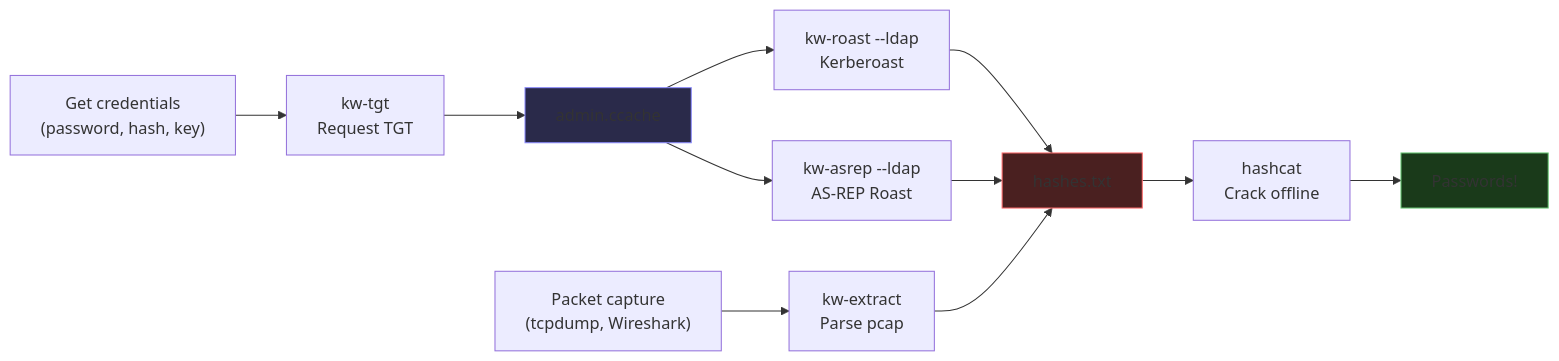
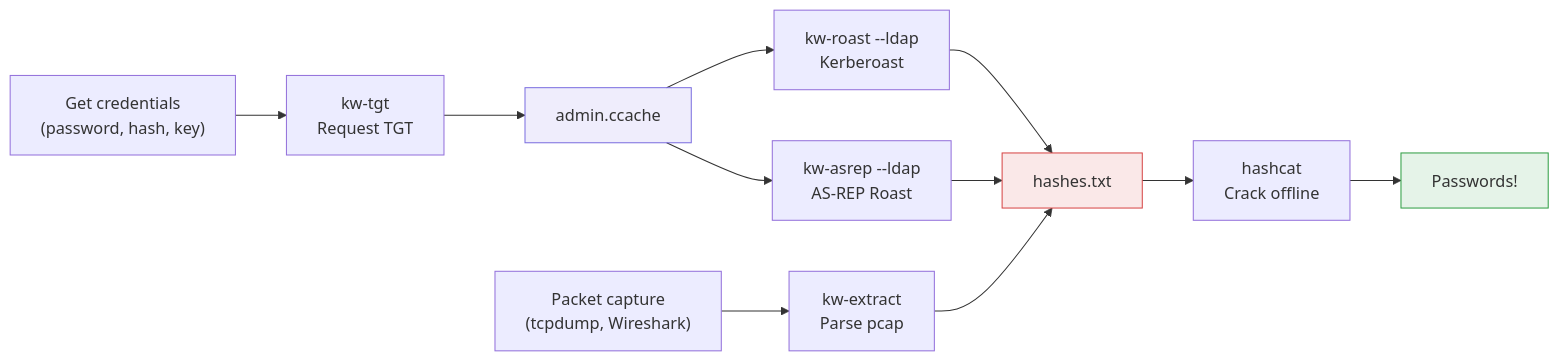
One commit to StrongWind1/KerbWolf changed the diagram in docs/index.md. Above: the diagram before and after it, drawn with Mermaid. The commit also changed 4 other files, not shown here.

First line of the commit message:
docs: make diagram fills readable in the light theme

````diff
--- a/docs/index.md
+++ b/docs/index.md
@@ -32,17 +32,17 @@
 ```mermaid
 flowchart LR
     A["Get credentials<br/>(password, hash, key)"] --> B["kw-tgt<br/>Request TGT"]
     B --> C["admin.ccache"]
     C --> D["kw-roast --ldap<br/>Kerberoast"]
     C --> E["kw-asrep --ldap<br/>AS-REP Roast"]
     D & E --> F["hashes.txt"]
     F --> G["hashcat<br/>Crack offline"]
     G --> H["Passwords!"]
 
     Z["Packet capture<br/>(tcpdump, Wireshark)"] --> Y["kw-extract<br/>Parse pcap"]
     Y --> F
 
-    style C fill:#2a2a4a,stroke:#8b8bff
-    style F fill:#4a2020,stroke:#ff6b6b
-    style H fill:#1a3a1a,stroke:#6bcb77
+    style C fill:#7c6fe01f,stroke:#7c6fe0
+    style F fill:#d645451f,stroke:#d64545
+    style H fill:#2f9e441f,stroke:#2f9e44
 ```
````
